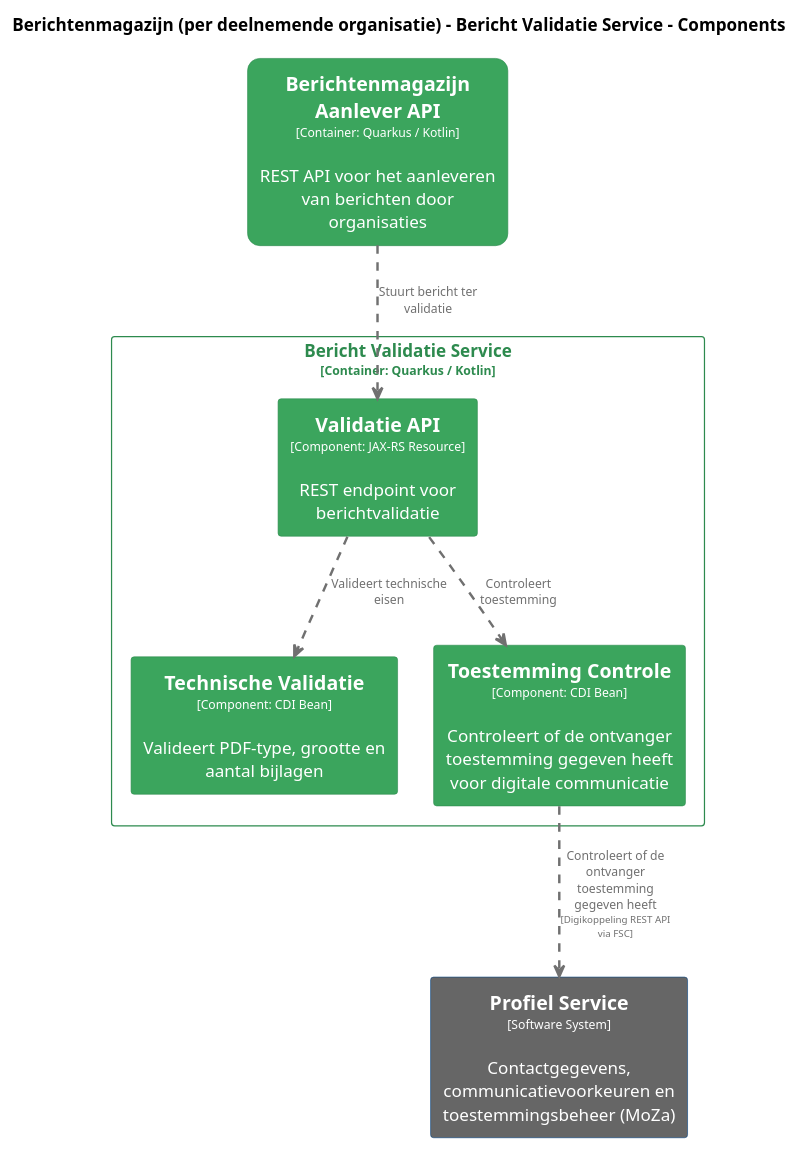
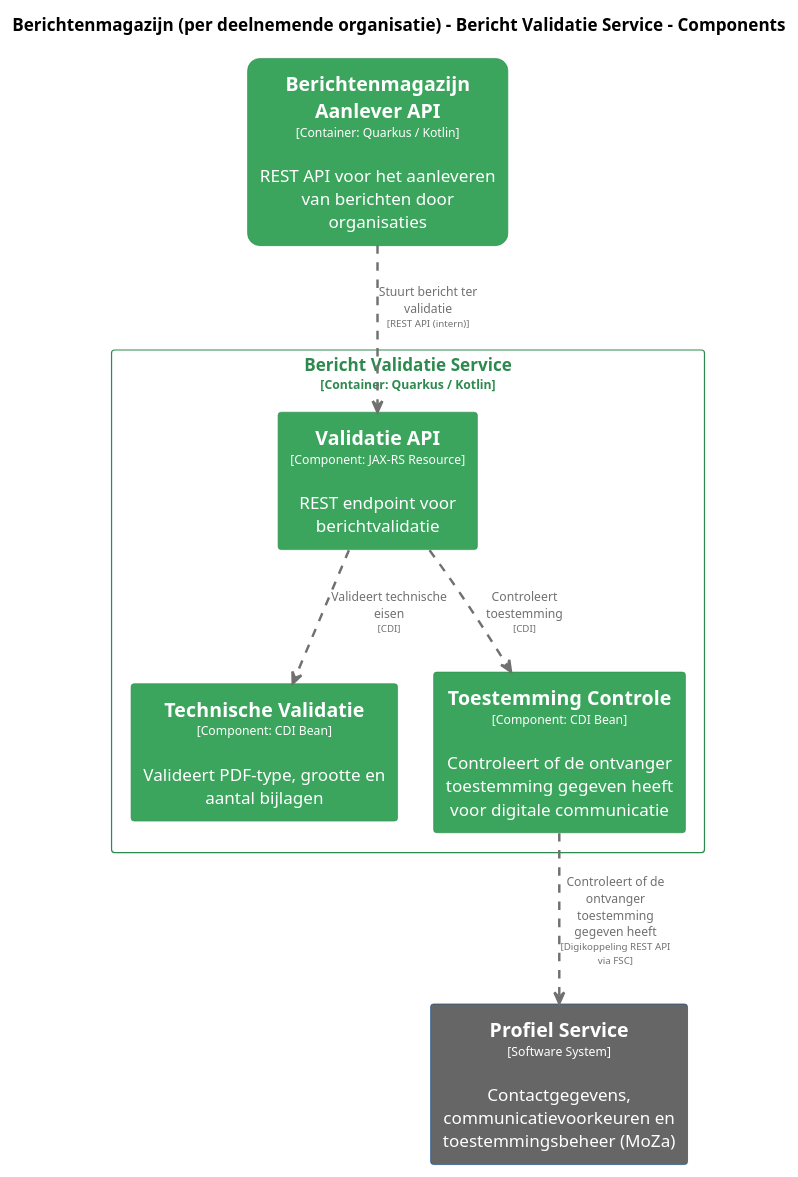
Before and after one commit to MinBZK/moza-poc-fbs-berichtenbox: the diagram in pr-preview/pr-22/master/puml/BerichtValidatieComponenten.puml, drawn with PlantUML. The commit also changed 30 other files, not shown here.

```diff
--- a/pr-preview/pr-22/master/puml/BerichtValidatieComponenten.puml
+++ b/pr-preview/pr-22/master/puml/BerichtValidatieComponenten.puml
@@ -1,68 +1,68 @@
 @startuml
 set separator none
 title Berichtenmagazijn (per deelnemende organisatie) - Bericht Validatie Service - Components
 
 top to bottom direction
 skinparam ranksep 60
 skinparam nodesep 30
 
 skinparam {
   arrowFontSize 10
   defaultTextAlignment center
   wrapWidth 200
   maxMessageSize 100
 }
 
 hide stereotype
 
 skinparam rectangle<<Berichtenmagazijnperdeelnemendeorganisatie.BerichtenmagazijnAanleverAPI>> {
   BackgroundColor #3ba55d
   FontColor #ffffff
   BorderColor #2d8a4e
   roundCorner 20
   shadowing false
 }
 skinparam rectangle<<ProfielService>> {
   BackgroundColor #666666
   FontColor #ffffff
   BorderColor #0b4884
   shadowing false
 }
 skinparam rectangle<<Berichtenmagazijnperdeelnemendeorganisatie.BerichtValidatieService.TechnischeValidatie>> {
   BackgroundColor #3ba55d
   FontColor #ffffff
   BorderColor #2d8a4e
   shadowing false
 }
 skinparam rectangle<<Berichtenmagazijnperdeelnemendeorganisatie.BerichtValidatieService.ToestemmingControle>> {
   BackgroundColor #3ba55d
   FontColor #ffffff
   BorderColor #2d8a4e
   shadowing false
 }
 skinparam rectangle<<Berichtenmagazijnperdeelnemendeorganisatie.BerichtValidatieService.ValidatieAPI>> {
   BackgroundColor #3ba55d
   FontColor #ffffff
   BorderColor #2d8a4e
   shadowing false
 }
 skinparam rectangle<<Berichtenmagazijnperdeelnemendeorganisatie.BerichtValidatieService>> {
   BorderColor #2d8a4e
   FontColor #2d8a4e
   shadowing false
 }
 
 rectangle "==Profiel Service\n<size:10>[Software System]</size>\n\nContactgegevens, communicatievoorkeuren en toestemmingsbeheer (MoZa)" <<ProfielService>> as ProfielService
 rectangle "==Berichtenmagazijn Aanlever API\n<size:10>[Container: Quarkus / Kotlin]</size>\n\nREST API voor het aanleveren van berichten door organisaties" <<Berichtenmagazijnperdeelnemendeorganisatie.BerichtenmagazijnAanleverAPI>> as Berichtenmagazijnperdeelnemendeorganisatie.BerichtenmagazijnAanleverAPI
 
 rectangle "Bericht Validatie Service\n<size:10>[Container: Quarkus / Kotlin]</size>" <<Berichtenmagazijnperdeelnemendeorganisatie.BerichtValidatieService>> {
   rectangle "==Validatie API\n<size:10>[Component: JAX-RS Resource]</size>\n\nREST endpoint voor berichtvalidatie" <<Berichtenmagazijnperdeelnemendeorganisatie.BerichtValidatieService.ValidatieAPI>> as Berichtenmagazijnperdeelnemendeorganisatie.BerichtValidatieService.ValidatieAPI
   rectangle "==Technische Validatie\n<size:10>[Component: CDI Bean]</size>\n\nValideert PDF-type, grootte en aantal bijlagen" <<Berichtenmagazijnperdeelnemendeorganisatie.BerichtValidatieService.TechnischeValidatie>> as Berichtenmagazijnperdeelnemendeorganisatie.BerichtValidatieService.TechnischeValidatie
   rectangle "==Toestemming Controle\n<size:10>[Component: CDI Bean]</size>\n\nControleert of de ontvanger toestemming gegeven heeft voor digitale communicatie" <<Berichtenmagazijnperdeelnemendeorganisatie.BerichtValidatieService.ToestemmingControle>> as Berichtenmagazijnperdeelnemendeorganisatie.BerichtValidatieService.ToestemmingControle
 }
 
 Berichtenmagazijnperdeelnemendeorganisatie.BerichtValidatieService.ToestemmingControle .[#707070,thickness=2].> ProfielService : "<color:#707070>Controleert of de ontvanger toestemming gegeven heeft\n<color:#707070><size:8>[Digikoppeling REST API via FSC]</size>"
-Berichtenmagazijnperdeelnemendeorganisatie.BerichtValidatieService.ValidatieAPI .[#707070,thickness=2].> Berichtenmagazijnperdeelnemendeorganisatie.BerichtValidatieService.TechnischeValidatie : "<color:#707070>Valideert technische eisen"
-Berichtenmagazijnperdeelnemendeorganisatie.BerichtValidatieService.ValidatieAPI .[#707070,thickness=2].> Berichtenmagazijnperdeelnemendeorganisatie.BerichtValidatieService.ToestemmingControle : "<color:#707070>Controleert toestemming"
-Berichtenmagazijnperdeelnemendeorganisatie.BerichtenmagazijnAanleverAPI .[#707070,thickness=2].> Berichtenmagazijnperdeelnemendeorganisatie.BerichtValidatieService.ValidatieAPI : "<color:#707070>Stuurt bericht ter validatie"
+Berichtenmagazijnperdeelnemendeorganisatie.BerichtValidatieService.ValidatieAPI .[#707070,thickness=2].> Berichtenmagazijnperdeelnemendeorganisatie.BerichtValidatieService.TechnischeValidatie : "<color:#707070>Valideert technische eisen\n<color:#707070><size:8>[CDI]</size>"
+Berichtenmagazijnperdeelnemendeorganisatie.BerichtValidatieService.ValidatieAPI .[#707070,thickness=2].> Berichtenmagazijnperdeelnemendeorganisatie.BerichtValidatieService.ToestemmingControle : "<color:#707070>Controleert toestemming\n<color:#707070><size:8>[CDI]</size>"
+Berichtenmagazijnperdeelnemendeorganisatie.BerichtenmagazijnAanleverAPI .[#707070,thickness=2].> Berichtenmagazijnperdeelnemendeorganisatie.BerichtValidatieService.ValidatieAPI : "<color:#707070>Stuurt bericht ter validatie\n<color:#707070><size:8>[REST API (intern)]</size>"
 @enduml
```
